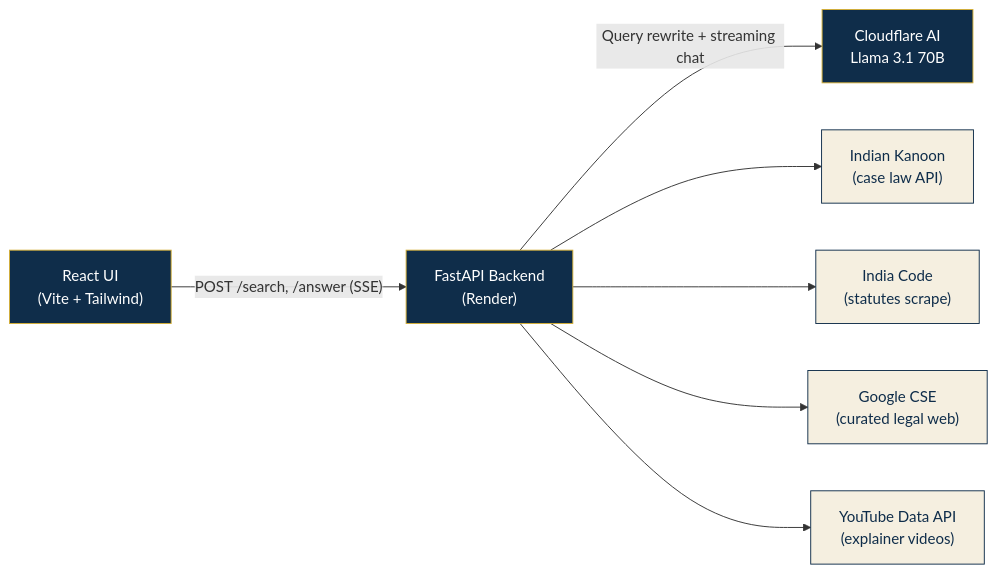
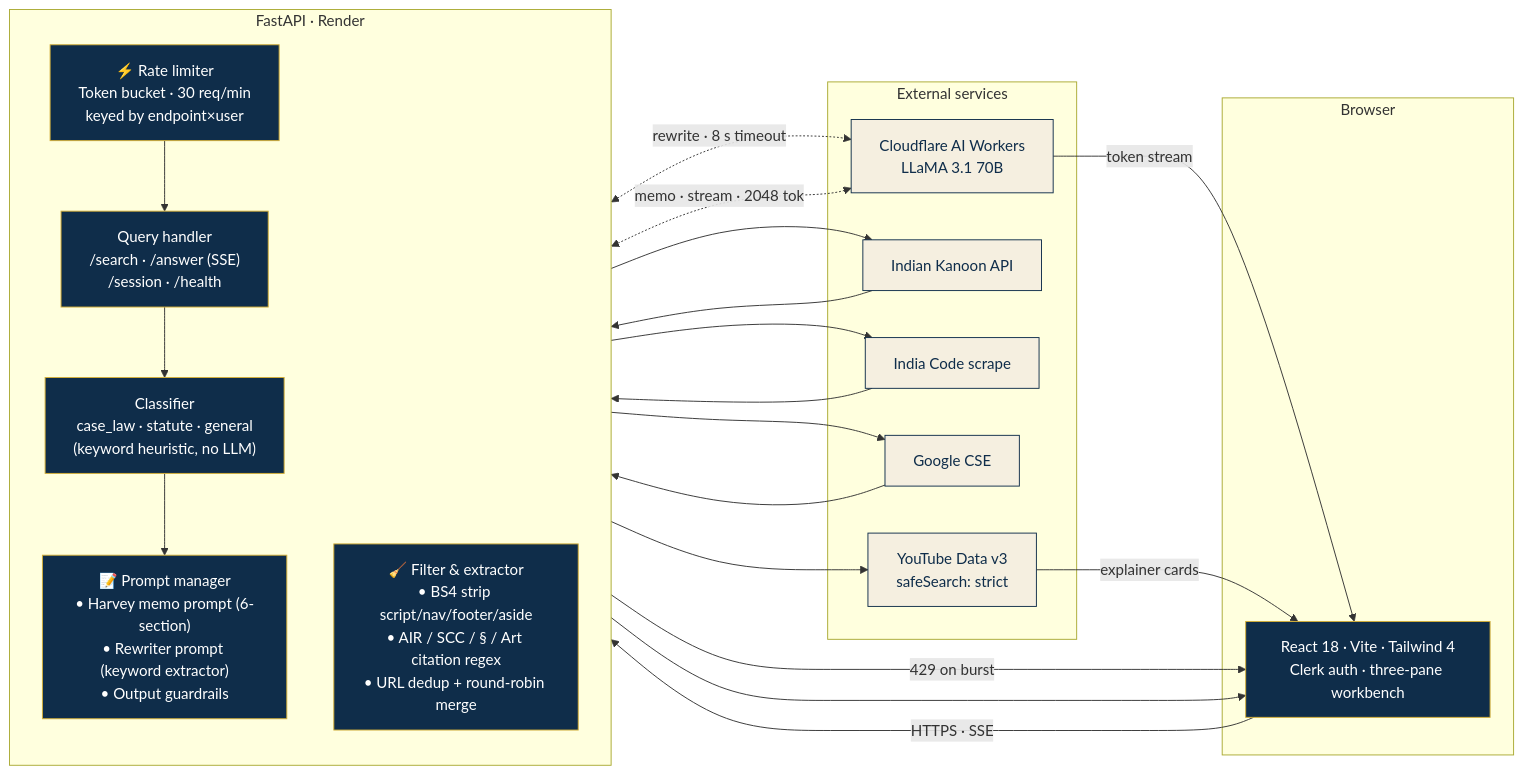
One commit to paritoshtripathi935/MiniHarvery changed the first of 2 diagrams in README.md. Above: the diagram before and after it, drawn with Mermaid. The commit also changed other lines of this file, not shown here.

Commit message:
docs(readme): expand mermaid diagrams with rate limiter, prompts, filters, YouTube
System architecture now calls out first-class internal components:
- Token-bucket rate limiter (30/min, keyed by endpoint×user)
- Prompt manager (Harvey memo + rewriter prompts + guardrails)
- Filter & extractor stack (BS4 noise strip, citation regex, dedup,
  round-robin merge, YouTube safeSearch)

Request pipeline now shows every real decision point:
- 429 branch on rate-limit burst
- Rewrite guardrails (len 3-200, strip quotes, refusal rejection,
  silent fallback to raw)
- YouTube branch with 'Indian law explained' augmentation and
  safeSearch: strict
- Content extractor tag-strip list (script/style/nav/footer/header/
  noscript/aside), 2000-char cap
- Citation extractor as a discard filter (keeps only AIR/SCC/§/Art)

````diff
--- a/README.md
+++ b/README.md
@@ -61,19 +61,45 @@
 ```mermaid
 flowchart LR
-    UI["React UI<br/>(Vite + Tailwind)"]
-    API["FastAPI Backend<br/>(Render)"]
-    LLM["Cloudflare AI<br/>Llama 3.1 70B"]
+    subgraph Client["Browser"]
+        UI["React 18 · Vite · Tailwind 4<br/>Clerk auth · three-pane workbench"]
+    end
 
-    UI -- "POST /search, /answer (SSE)" --> API
-    API -- "Query rewrite + streaming chat" --> LLM
+    subgraph Backend["FastAPI · Render"]
+        direction TB
+        RL["⚡ Rate limiter<br/>Token bucket · 30 req/min<br/>keyed by endpoint×user"]
+        H["Query handler<br/>/search · /answer (SSE)<br/>/session · /health"]
+        QC["Classifier<br/>case_law · statute · general<br/>(keyword heuristic, no LLM)"]
+        PM["📝 Prompt manager<br/>• Harvey memo prompt (6-section)<br/>• Rewriter prompt (keyword extractor)<br/>• Output guardrails"]
+        FS["🧹 Filter & extractor<br/>• BS4 strip script/nav/footer/aside<br/>• AIR / SCC / § / Art citation regex<br/>• URL dedup + round-robin merge"]
+    end
 
-    API --> K["Indian Kanoon<br/>(case law API)"]
-    API --> IC["India Code<br/>(statutes scrape)"]
-    API --> G["Google CSE<br/>(curated legal web)"]
-    API --> YT["YouTube Data API<br/>(explainer videos)"]
+    subgraph External["External services"]
+        LLM["Cloudflare AI Workers<br/>LLaMA 3.1 70B"]
+        K["Indian Kanoon API"]
+        IC["India Code scrape"]
+        G["Google CSE"]
+        YT["YouTube Data v3<br/>safeSearch: strict"]
+    end
 
-    classDef svc fill:#0f2d4a,stroke:#d4af37,color:#fff
+    UI -- "HTTPS · SSE" --> RL
+    RL -- "429 on burst" --> UI
+    RL --> H
+    H --> QC --> PM
+    PM <-. "rewrite · 8 s timeout" .-> LLM
+    PM <-. "memo · stream · 2048 tok" .-> LLM
+    H --> K
+    H --> IC
+    H --> G
+    H --> YT
+    K --> FS
+    IC --> FS
+    G --> FS
+    FS --> UI
+    LLM -- "token stream" --> UI
+    YT -- "explainer cards" --> UI
+
+    classDef ours fill:#0f2d4a,stroke:#d4af37,color:#fff
     classDef ext fill:#f5efe0,stroke:#0f2d4a,color:#0f2d4a
-    class UI,API,LLM svc
-    class K,IC,G,YT ext
+    class UI,RL,H,QC,PM,FS ours
+    class LLM,K,IC,G,YT ext
 ```
````
